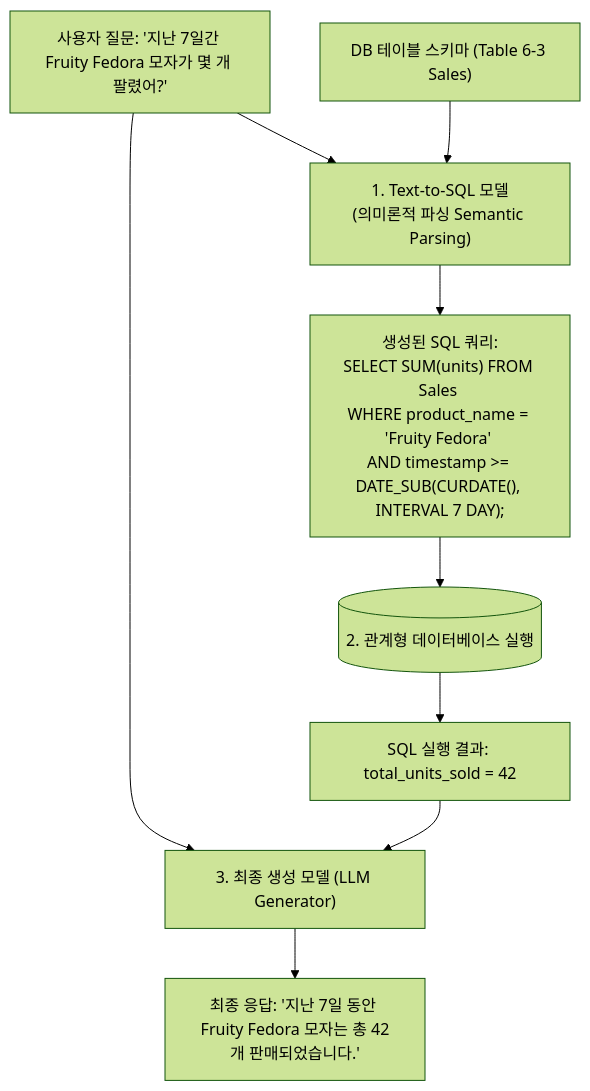
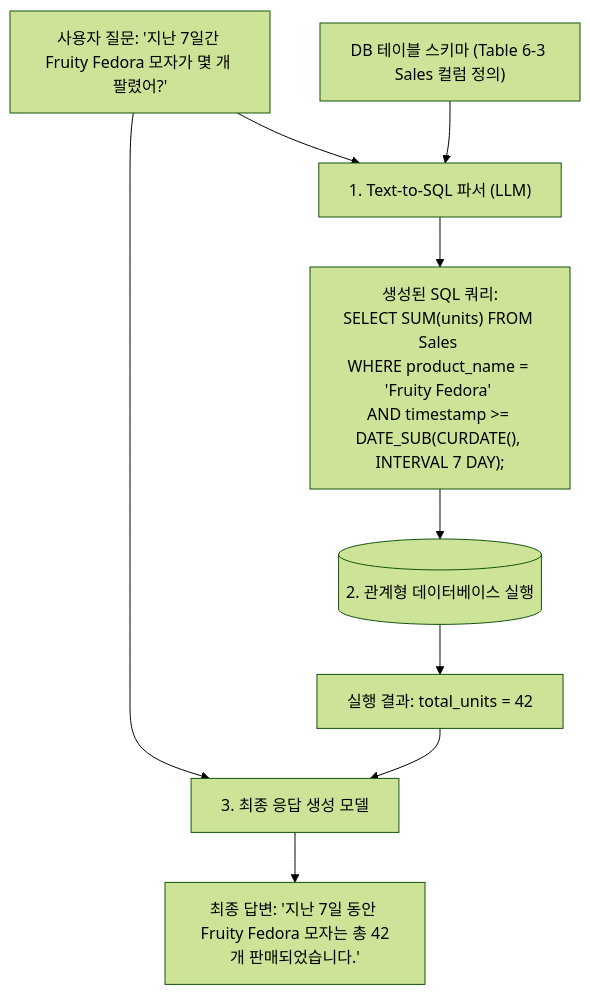
Before and after one commit to sing-u8/AI-Engineering: the second of 2 diagrams in chapter-qa/ch06-rag-and-agents-qa/02-rag-optimization-and-multimodal-tabular.md, drawn with Mermaid (forest theme). The commit also changed other lines of this file and 25 other files, not shown here.

````diff
--- a/chapter-qa/ch06-rag-and-agents-qa/02-rag-optimization-and-multimodal-tabular.md
+++ b/chapter-qa/ch06-rag-and-agents-qa/02-rag-optimization-and-multimodal-tabular.md
@@ -132,14 +130,14 @@
 ```mermaid
 flowchart TD
     UserQ["사용자 질문: '지난 7일간 Fruity Fedora 모자가 몇 개 팔렸어?'"]
-    Schema["DB 테이블 스키마 (Table 6-3 Sales)"]
+    Schema["DB 테이블 스키마 (Table 6-3 Sales 컬럼 정의)"]
     
-    UserQ & Schema --> Text2SQL["1. Text-to-SQL 모델\n(의미론적 파싱 Semantic Parsing)"]
+    UserQ & Schema --> Text2SQL["1. Text-to-SQL 파서 (LLM)"]
     Text2SQL --> Query["생성된 SQL 쿼리:\nSELECT SUM(units) FROM Sales \nWHERE product_name = 'Fruity Fedora' \nAND timestamp >= DATE_SUB(CURDATE(), INTERVAL 7 DAY);"]
     
     Query --> DB[("2. 관계형 데이터베이스 실행")]
-    DB --> Result["SQL 실행 결과: total_units_sold = 42"]
+    DB --> Result["실행 결과: total_units = 42"]
     
-    UserQ & Result --> Gen["3. 최종 생성 모델 (LLM Generator)"]
-    Gen --> Final["최종 응답: '지난 7일 동안 Fruity Fedora 모자는 총 42개 판매되었습니다.'"]
+    UserQ & Result --> Gen["3. 최종 응답 생성 모델"]
+    Gen --> Final["최종 답변: '지난 7일 동안 Fruity Fedora 모자는 총 42개 판매되었습니다.'"]
 ```
````
